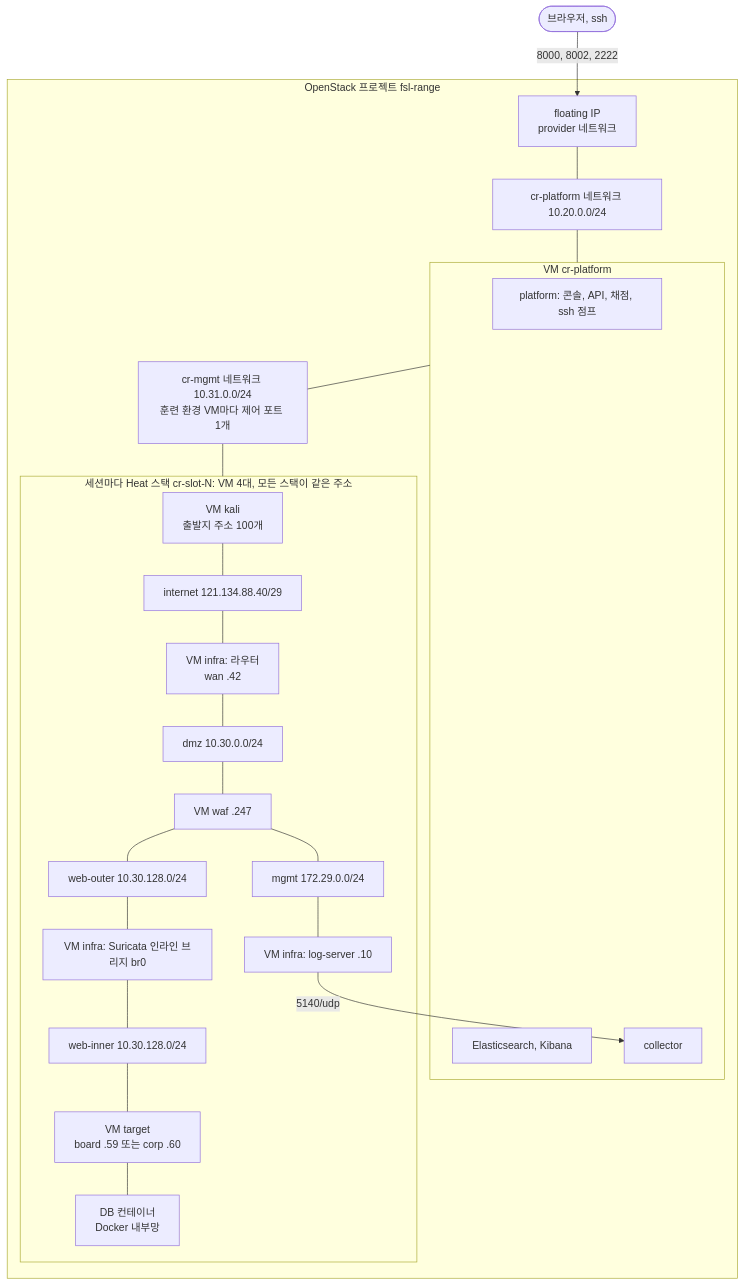
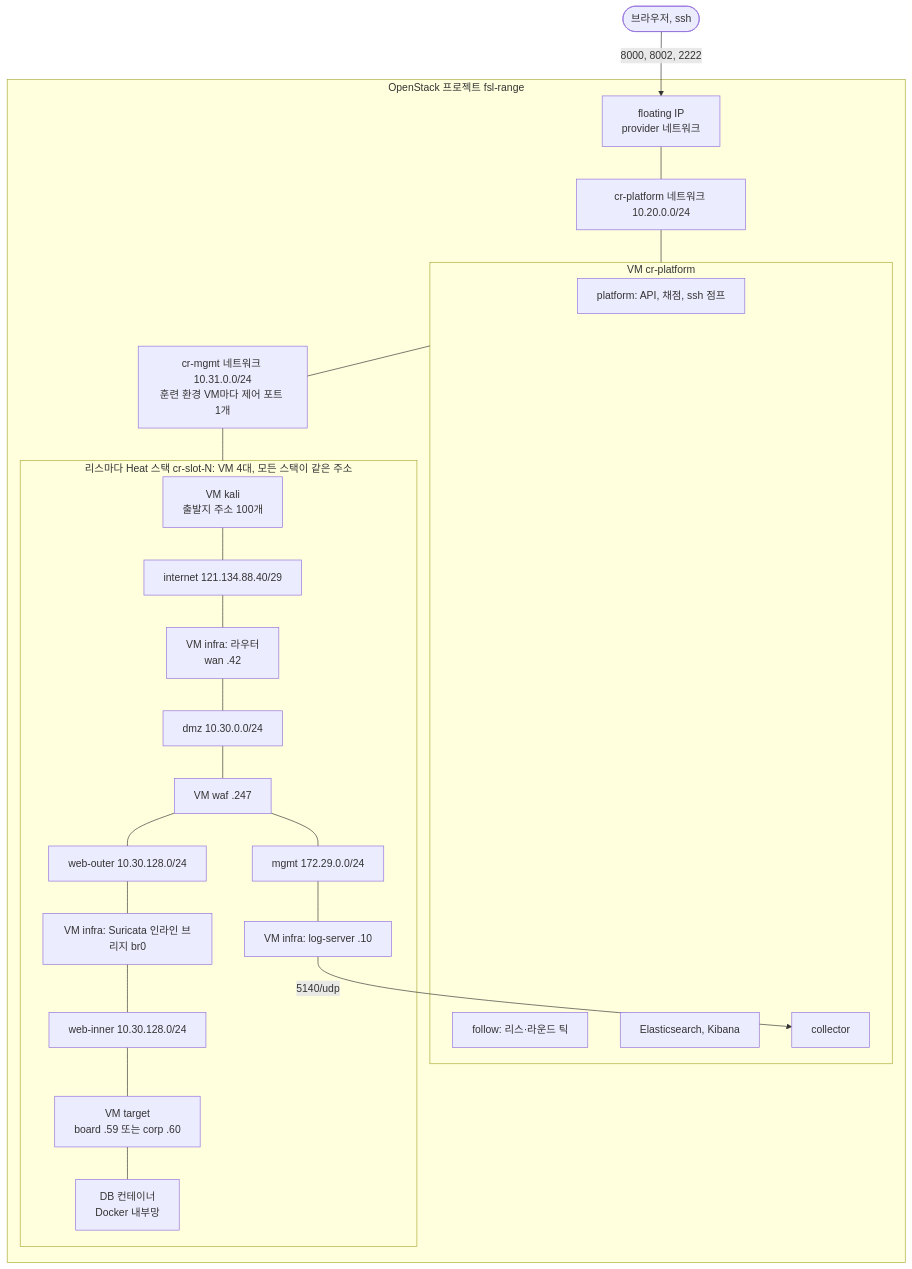
The diagram in README.md (Nekonic/fsl-project-mvp), drawn with Mermaid before and after one commit. The commit also changed other lines of this file and 276 other files, not shown here.

````diff
--- a/README.md
+++ b/README.md
@@ -32,29 +126,30 @@
 ```mermaid
 flowchart TB
   user(["브라우저, ssh"]) -->|"8000, 8002, 2222"| fip["floating IP<br/>provider 네트워크"]
   subgraph os["OpenStack 프로젝트 fsl-range"]
     fip --- pnet["cr-platform 네트워크 10.20.0.0/24"]
     pnet --- pvm
     subgraph pvm["VM cr-platform"]
-      platform["platform: 콘솔, API, 채점, ssh 점프"]
+      platform["platform: API, 채점, ssh 점프"]
+      follow["follow: 리스·라운드 틱"]
       elk["Elasticsearch, Kibana"]
       collector["collector"]
     end
     pvm --- mgmt["cr-mgmt 네트워크 10.31.0.0/24<br/>훈련 환경 VM마다 제어 포트 1개"]
     mgmt --- stack
-    subgraph stack["세션마다 Heat 스택 cr-slot-N: VM 4대, 모든 스택이 같은 주소"]
+    subgraph stack["리스마다 Heat 스택 cr-slot-N: VM 4대, 모든 스택이 같은 주소"]
       kali["VM kali<br/>출발지 주소 100개"] --- inet["internet 121.134.88.40/29"]
       inet --- edge["VM infra: 라우터<br/>wan .42"]
       edge --- dmz["dmz 10.30.0.0/24"]
       dmz --- waf["VM waf .247"]
       waf --- outer["web-outer 10.30.128.0/24"]
       outer --- ids["VM infra: Suricata 인라인 브리지 br0"]
       ids --- inner["web-inner 10.30.128.0/24"]
       inner --- target["VM target<br/>board .59 또는 corp .60"]
       target --- db["DB 컨테이너<br/>Docker 내부망"]
       waf --- smgmt["mgmt 172.29.0.0/24"]
       smgmt --- logsrv["VM infra: log-server .10"]
     end
     logsrv -->|"5140/udp"| collector
   end
 ```
````
